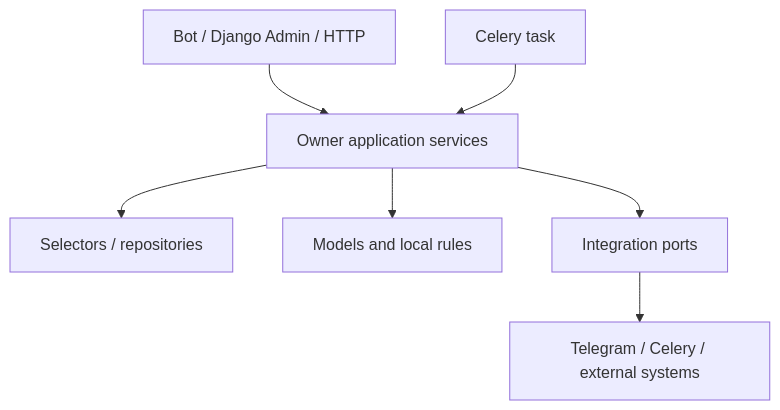
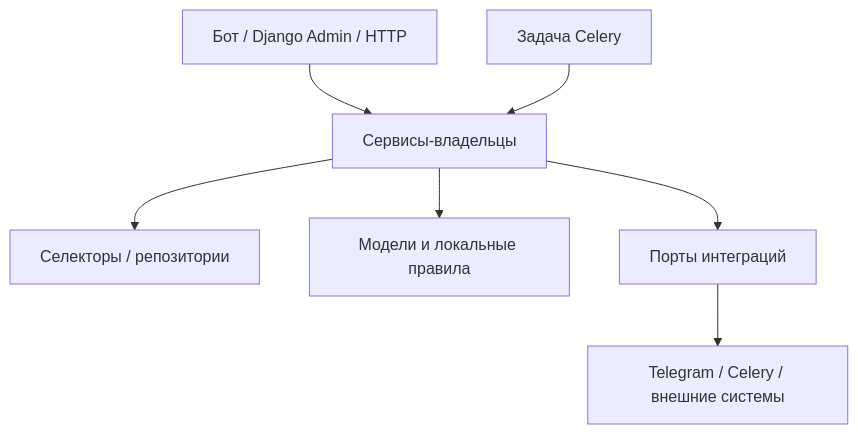
The diagram in docs/architecture/MODULE_BOUNDARIES.md (Key-pi/tableos), drawn with Mermaid before and after one commit. The commit also changed other lines of this file and 7 other files, not shown here.

First line of the commit message:
docs(ru): architecture documents in Russian

````diff
--- a/docs/architecture/MODULE_BOUNDARIES.md
+++ b/docs/architecture/MODULE_BOUNDARIES.md
@@ -51,9 +52,9 @@
 ```mermaid
 flowchart TB
-  UI[Bot / Django Admin / HTTP] --> APP[Owner application services]
-  APP --> SEL[Selectors / repositories]
-  APP --> DOM[Models and local rules]
-  APP --> INT[Integration ports]
-  INT --> EXT[Telegram / Celery / external systems]
-  TASK[Celery task] --> APP
+  UI[Бот / Django Admin / HTTP] --> APP[Сервисы-владельцы]
+  APP --> SEL[Селекторы / репозитории]
+  APP --> DOM[Модели и локальные правила]
+  APP --> INT[Порты интеграций]
+  INT --> EXT[Telegram / Celery / внешние системы]
+  TASK[Задача Celery] --> APP
 ```
````
